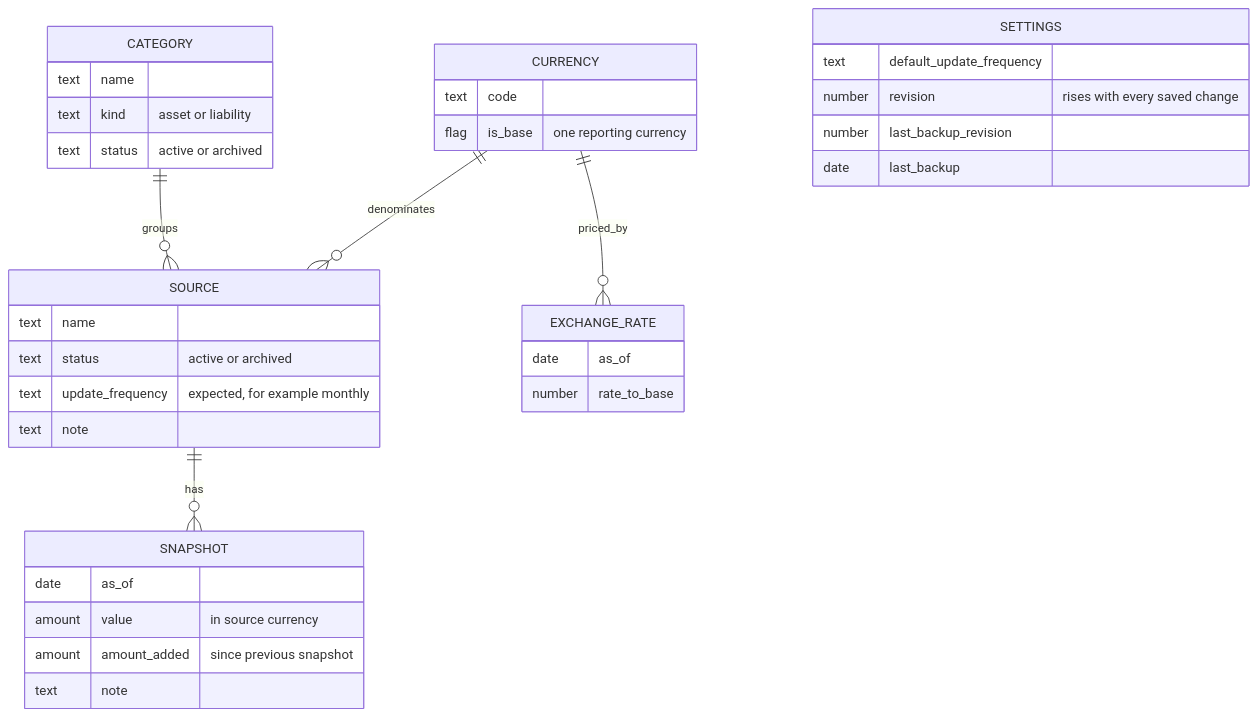
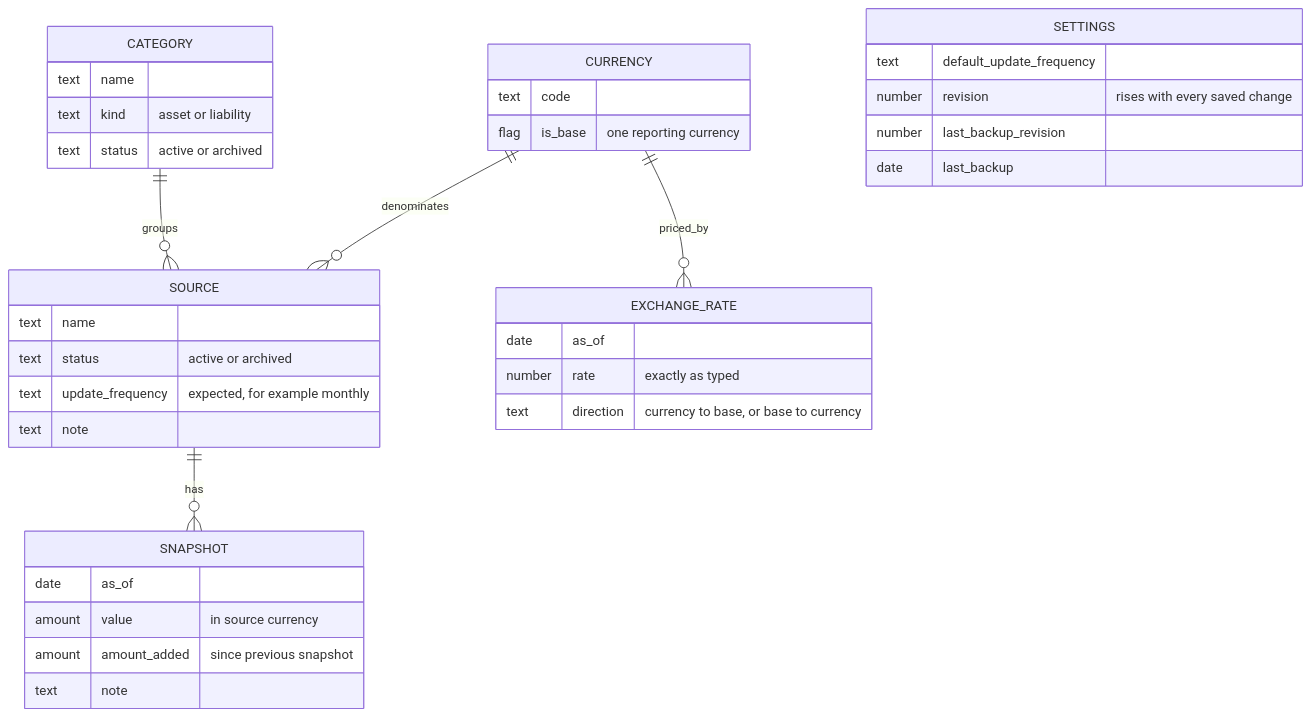
Before and after one commit to arpit92k/Fortuna: the second of 2 diagrams in docs/architecture.md, drawn with Mermaid. The commit also changed other lines of this file and 11 other files, not shown here.

````diff
--- a/docs/architecture.md
+++ b/docs/architecture.md
@@ -67,39 +67,40 @@
 ```mermaid
 erDiagram
     CATEGORY ||--o{ SOURCE : groups
     CURRENCY ||--o{ SOURCE : denominates
     SOURCE ||--o{ SNAPSHOT : has
     CURRENCY ||--o{ EXCHANGE_RATE : priced_by
 
     CATEGORY {
         text name
         text kind "asset or liability"
         text status "active or archived"
     }
     SOURCE {
         text name
         text status "active or archived"
         text update_frequency "expected, for example monthly"
         text note
     }
     SNAPSHOT {
         date as_of
         amount value "in source currency"
         amount amount_added "since previous snapshot"
         text note
     }
     CURRENCY {
         text code
         flag is_base "one reporting currency"
     }
     EXCHANGE_RATE {
         date as_of
-        number rate_to_base
+        number rate "exactly as typed"
+        text direction "currency to base, or base to currency"
     }
     SETTINGS {
         text default_update_frequency
         number revision "rises with every saved change"
         number last_backup_revision
         date last_backup
     }
 ```
````
